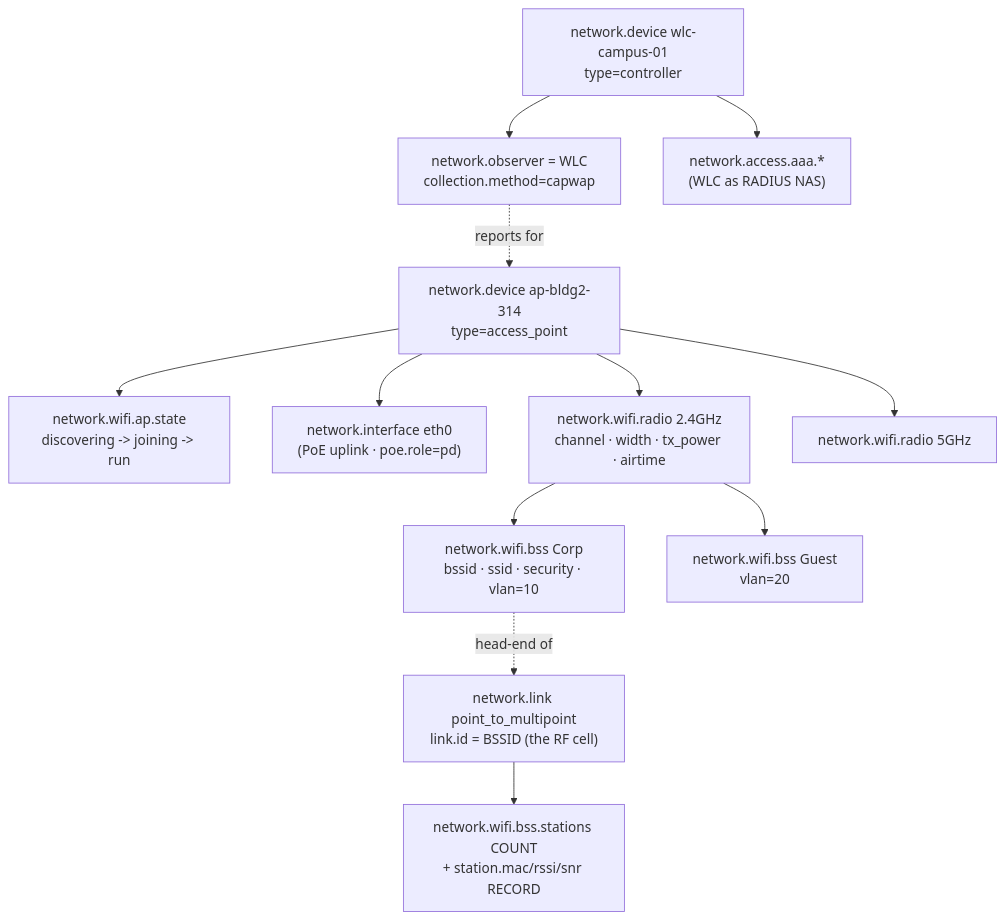
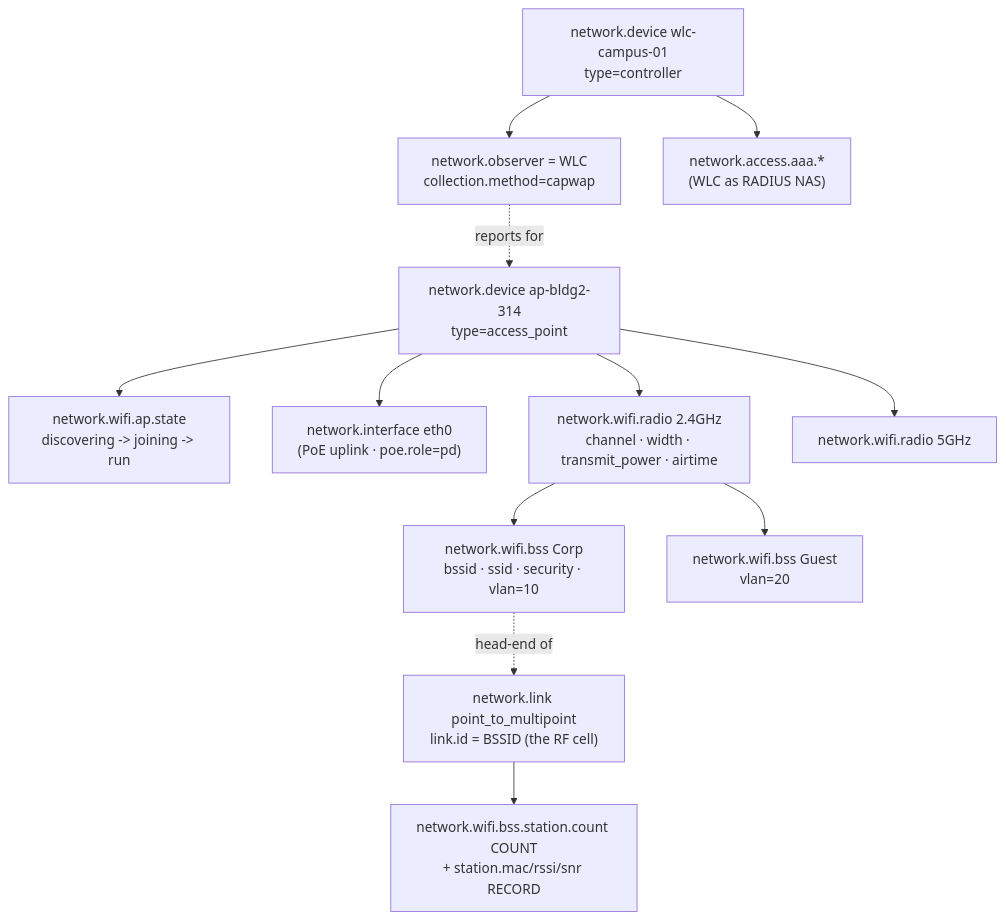
Before and after one commit to jksmth/semantic-conventions-network: the diagram in examples/wifi-ap/README.md, drawn with Mermaid. The commit also changed other lines of this file and 297 other files, not shown here.

````diff
--- a/examples/wifi-ap/README.md
+++ b/examples/wifi-ap/README.md
@@ -64,29 +64,29 @@
 ```mermaid
 graph TD
     WLC["network.device wlc-campus-01<br/>type=controller"]
     OBS["network.observer = WLC<br/>collection.method=capwap"]
     AAA["network.access.aaa.*<br/>(WLC as RADIUS NAS)"]
 
     AP["network.device ap-bldg2-314<br/>type=access_point"]
     APSTATE["network.wifi.ap.state<br/>discovering -> joining -> run"]
     ETH["network.interface eth0<br/>(PoE uplink · poe.role=pd)"]
 
-    R0["network.wifi.radio 2.4GHz<br/>channel · width · tx_power · airtime"]
+    R0["network.wifi.radio 2.4GHz<br/>channel · width · transmit_power · airtime"]
     R1["network.wifi.radio 5GHz"]
     BSSC["network.wifi.bss Corp<br/>bssid · ssid · security · vlan=10"]
     BSSG["network.wifi.bss Guest<br/>vlan=20"]
 
     CELL["network.link point_to_multipoint<br/>link.id = BSSID (the RF cell)"]
-    STA["network.wifi.bss.stations COUNT<br/>+ station.mac/rssi/snr RECORD"]
+    STA["network.wifi.bss.station.count COUNT<br/>+ station.mac/rssi/snr RECORD"]
 
     WLC --> OBS
     WLC --> AAA
     OBS -. "reports for" .-> AP
     AP --> APSTATE
     AP --> ETH
     AP --> R0 --> BSSC
     R0 --> BSSG
     AP --> R1
     BSSC -. "head-end of" .-> CELL
     CELL --> STA
 ```
````
